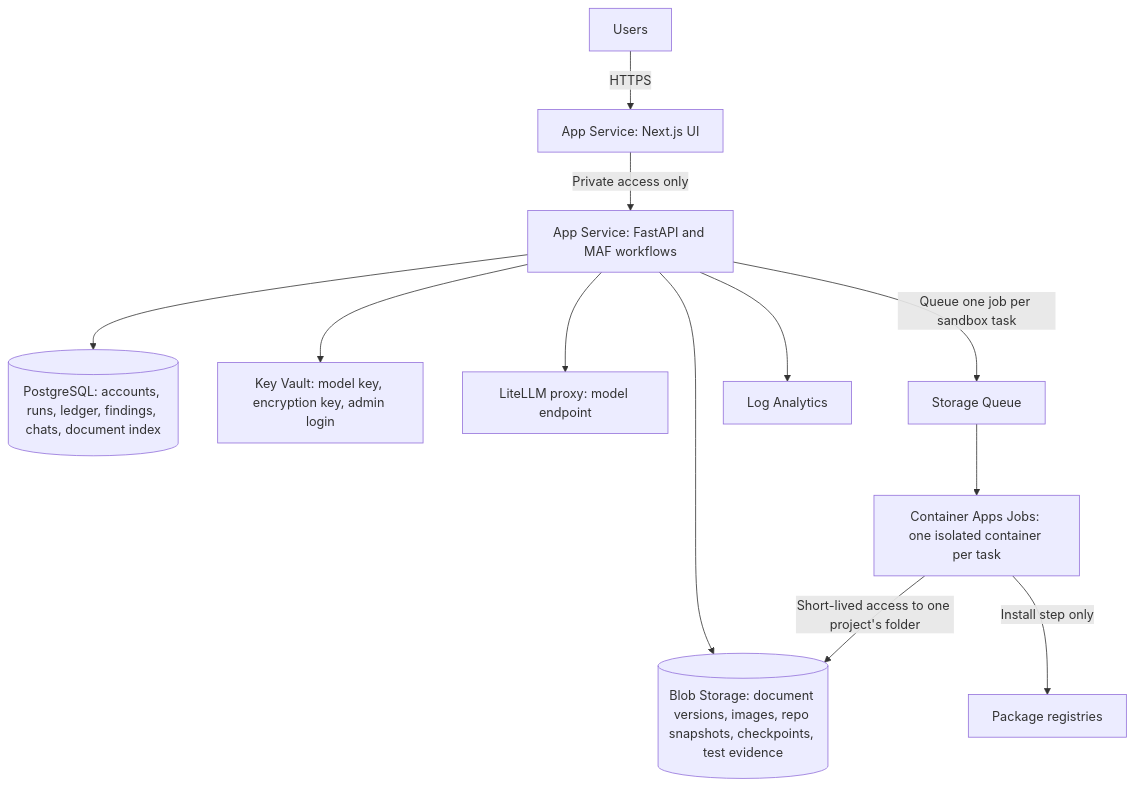
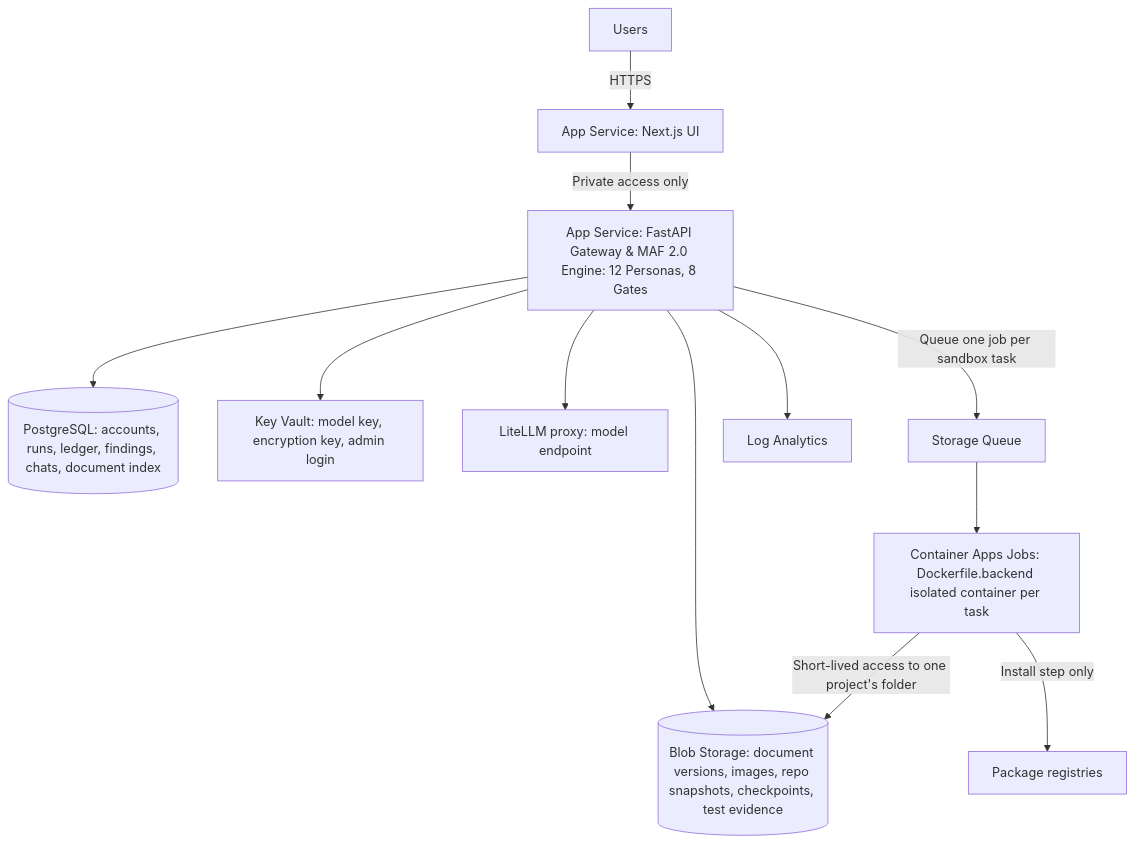
One commit to sarveshtalele/agentic-harness changed the diagram in docs/AZURE_SYSTEM_DESIGN.md. Above: the diagram before and after it, drawn with Mermaid. The commit also changed other lines of this file and 36 other files, not shown here.

````diff
--- a/docs/AZURE_SYSTEM_DESIGN.md
+++ b/docs/AZURE_SYSTEM_DESIGN.md
@@ -11,14 +11,14 @@
 ```mermaid
 flowchart TB
   U[Users] -->|HTTPS| FE[App Service: Next.js UI]
-  FE -->|Private access only| API[App Service: FastAPI and MAF workflows]
+  FE -->|Private access only| API[App Service: FastAPI Gateway & MAF 2.0 Engine: 12 Personas, 8 Gates]
   API --> PG[(PostgreSQL: accounts, runs, ledger, findings, chats, document index)]
   API --> BLOB[(Blob Storage: document versions, images, repo snapshots, checkpoints, test evidence)]
   API --> KV[Key Vault: model key, encryption key, admin login]
   API --> LLM[LiteLLM proxy: model endpoint]
   API -->|Queue one job per sandbox task| Q[Storage Queue]
-  Q --> JOB[Container Apps Jobs: one isolated container per task]
+  Q --> JOB[Container Apps Jobs: Dockerfile.backend isolated container per task]
   JOB -->|Short-lived access to one project's folder| BLOB
   JOB -->|Install step only| PKG[Package registries]
   API --> LOG[Log Analytics]
 ```
````
